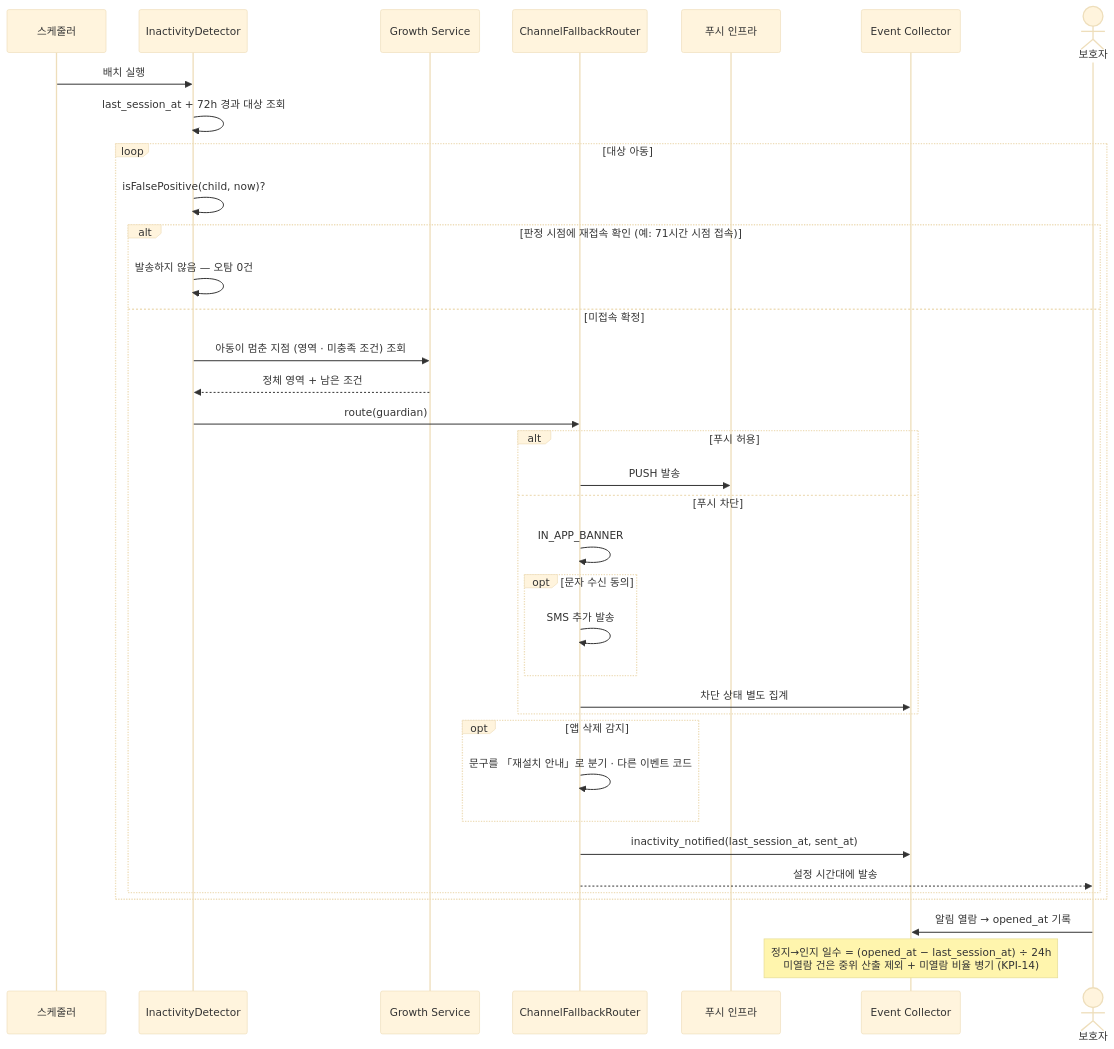
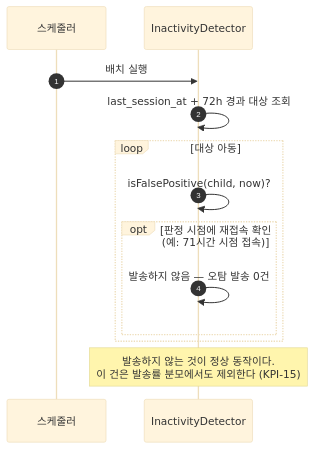
One commit to new-rim/finfriends-prd-to-srs changed diagram 31 of 51 in DESIGN_finfriends-v1_0.md. Above: the diagram before and after it, drawn with Mermaid (base theme). The commit also changed other lines of this file and 1 other file, not shown here.

````diff
--- a/DESIGN_finfriends-v1_0.md
+++ b/DESIGN_finfriends-v1_0.md
@@ -1336,41 +1590,18 @@
 ```mermaid
 sequenceDiagram
+    autonumber
     participant SCH as 스케줄러
     participant ID as InactivityDetector
-    participant GS as Growth Service
-    participant CFR as ChannelFallbackRouter
-    participant PUSH as 푸시 인프라
-    participant EC as Event Collector
-    actor G as 보호자
 
     SCH->>ID: 배치 실행
     ID->>ID: last_session_at + 72h 경과 대상 조회
 
     loop 대상 아동
         ID->>ID: isFalsePositive(child, now)?
-        alt 판정 시점에 재접속 확인 (예: 71시간 시점 접속)
-            ID->>ID: 발송하지 않음 — 오탐 0건
-        else 미접속 확정
-            ID->>GS: 아동이 멈춘 지점 (영역 · 미충족 조건) 조회
-            GS-->>ID: 정체 영역 + 남은 조건
-            ID->>CFR: route(guardian)
-            alt 푸시 허용
-                CFR->>PUSH: PUSH 발송
-            else 푸시 차단
-                CFR->>CFR: IN_APP_BANNER
-                opt 문자 수신 동의
-                    CFR->>CFR: SMS 추가 발송
-                end
-                CFR->>EC: 차단 상태 별도 집계
-            end
-            opt 앱 삭제 감지
-                CFR->>CFR: 문구를 「재설치 안내」로 분기 · 다른 이벤트 코드
-            end
-            CFR->>EC: inactivity_notified(last_session_at, sent_at)
-            CFR-->>G: 설정 시간대에 발송
+        opt 판정 시점에 재접속 확인 (예: 71시간 시점 접속)
+            ID->>ID: 발송하지 않음 — 오탐 발송 0건
         end
     end
 
-    G->>EC: 알림 열람 → opened_at 기록
-    Note over EC: 정지→인지 일수 = (opened_at − last_session_at) ÷ 24h<br/>미열람 건은 중위 산출 제외 + 미열람 비율 병기 (KPI-14)
+    Note over ID: 발송하지 않는 것이 정상 동작이다.<br/>이 건은 발송률 분모에서도 제외한다 (KPI-15)
 ```
````
